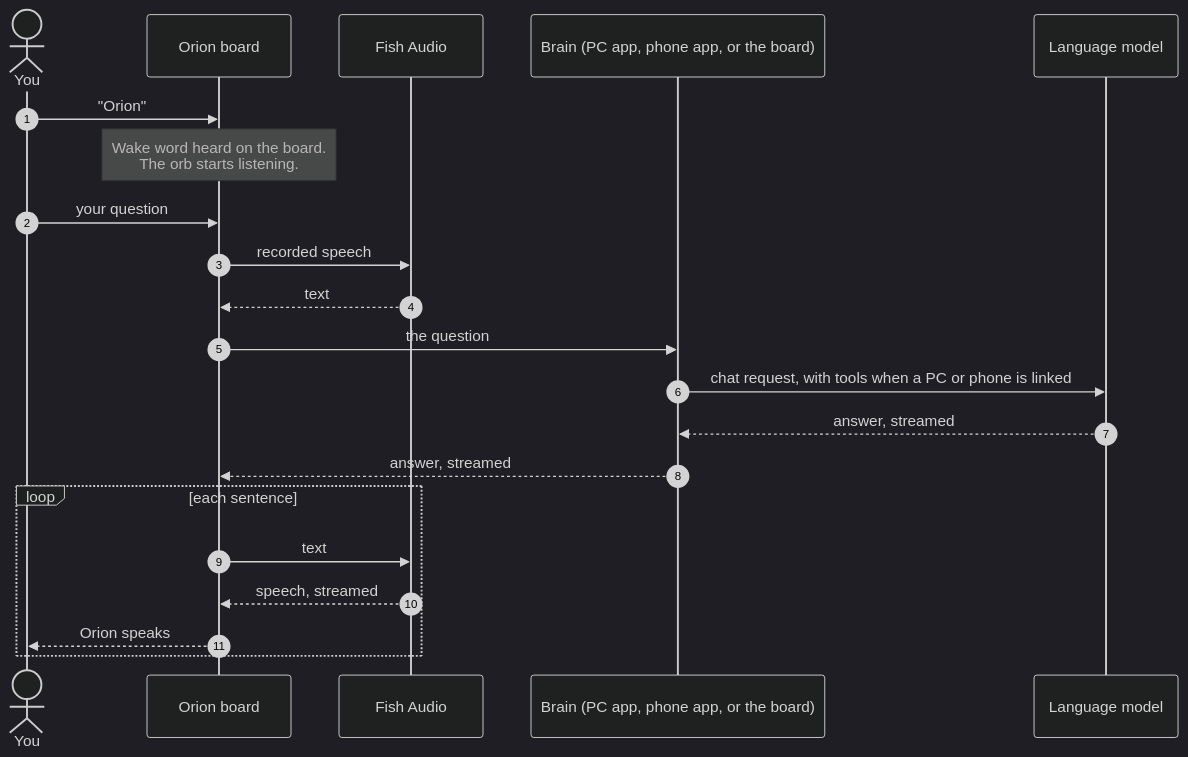
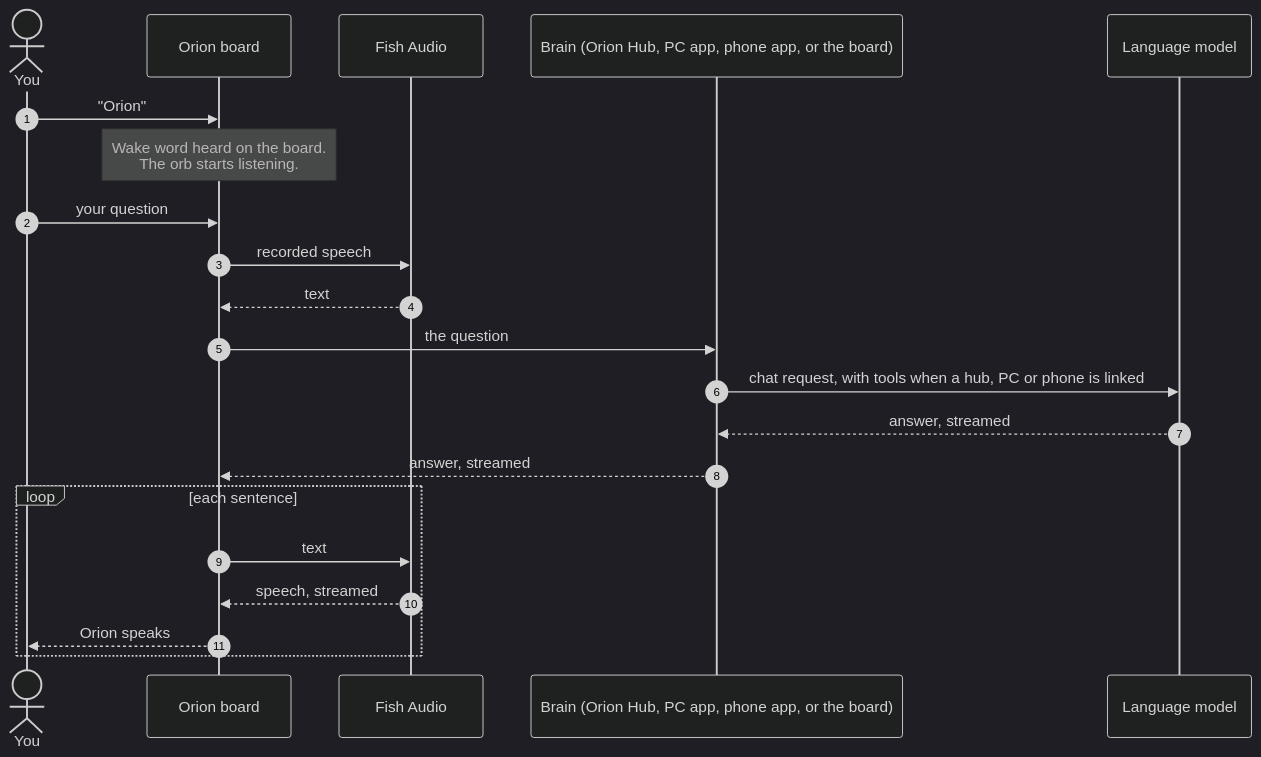
One commit to MultiX0/orion changed the diagram in README.md. Above: the diagram before and after it, drawn with Mermaid (dark theme). The commit also changed other lines of this file and 162 other files, not shown here.

````diff
--- a/README.md
+++ b/README.md
@@ -95,24 +101,24 @@
 ```mermaid
 sequenceDiagram
     autonumber
     actor You
     participant Board as Orion board
     participant Fish as Fish Audio
-    participant Brain as Brain (PC app, phone app, or the board)
+    participant Brain as Brain (Orion Hub, PC app, phone app, or the board)
     participant Model as Language model
 
     You->>Board: "Orion"
     Note over Board: Wake word heard on the board.<br/>The orb starts listening.
     You->>Board: your question
     Board->>Fish: recorded speech
     Fish-->>Board: text
     Board->>Brain: the question
-    Brain->>Model: chat request, with tools when a PC or phone is linked
+    Brain->>Model: chat request, with tools when a hub, PC or phone is linked
     Model-->>Brain: answer, streamed
     Brain-->>Board: answer, streamed
     loop each sentence
         Board->>Fish: text
         Fish-->>Board: speech, streamed
         Board-->>You: Orion speaks
     end
 ```
````
